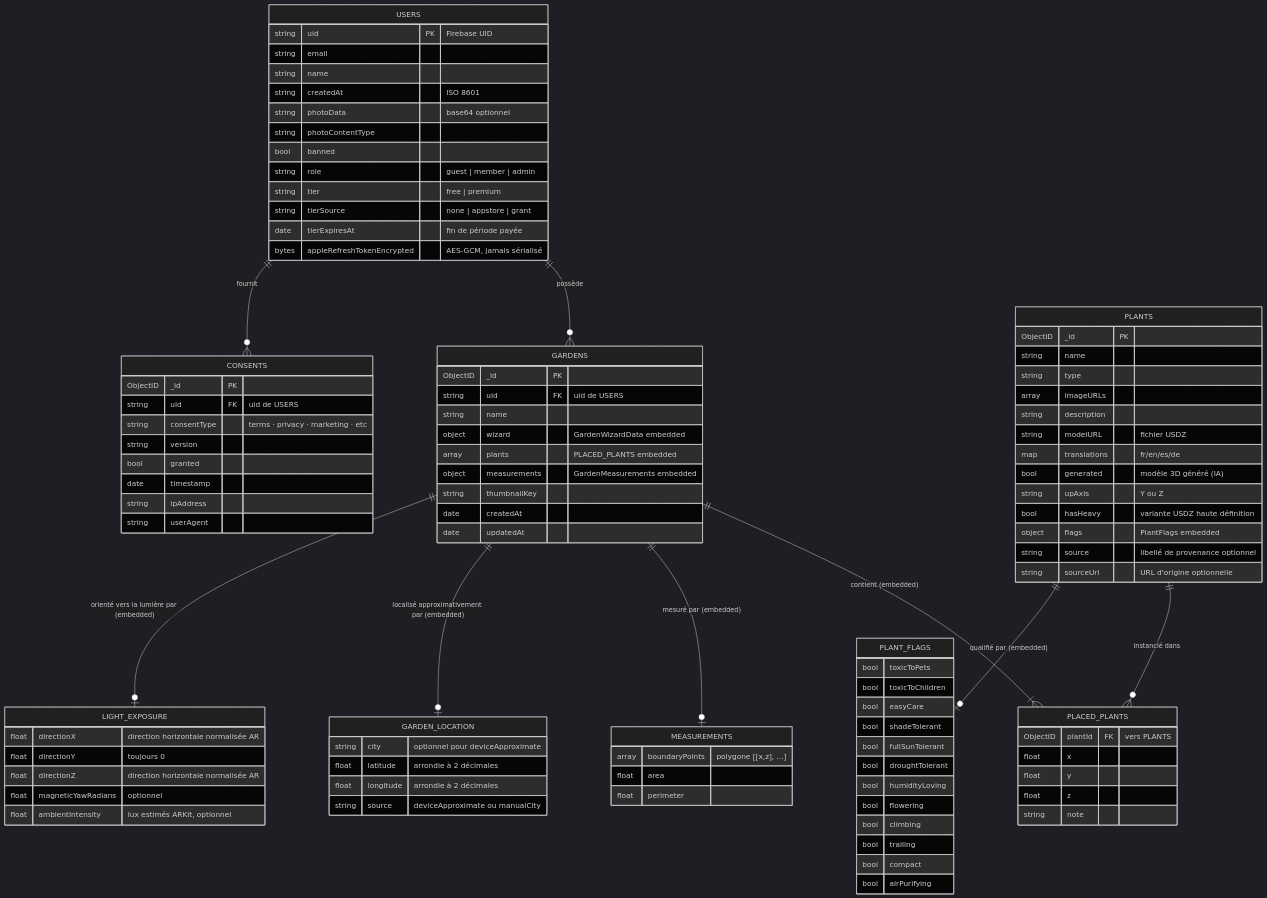
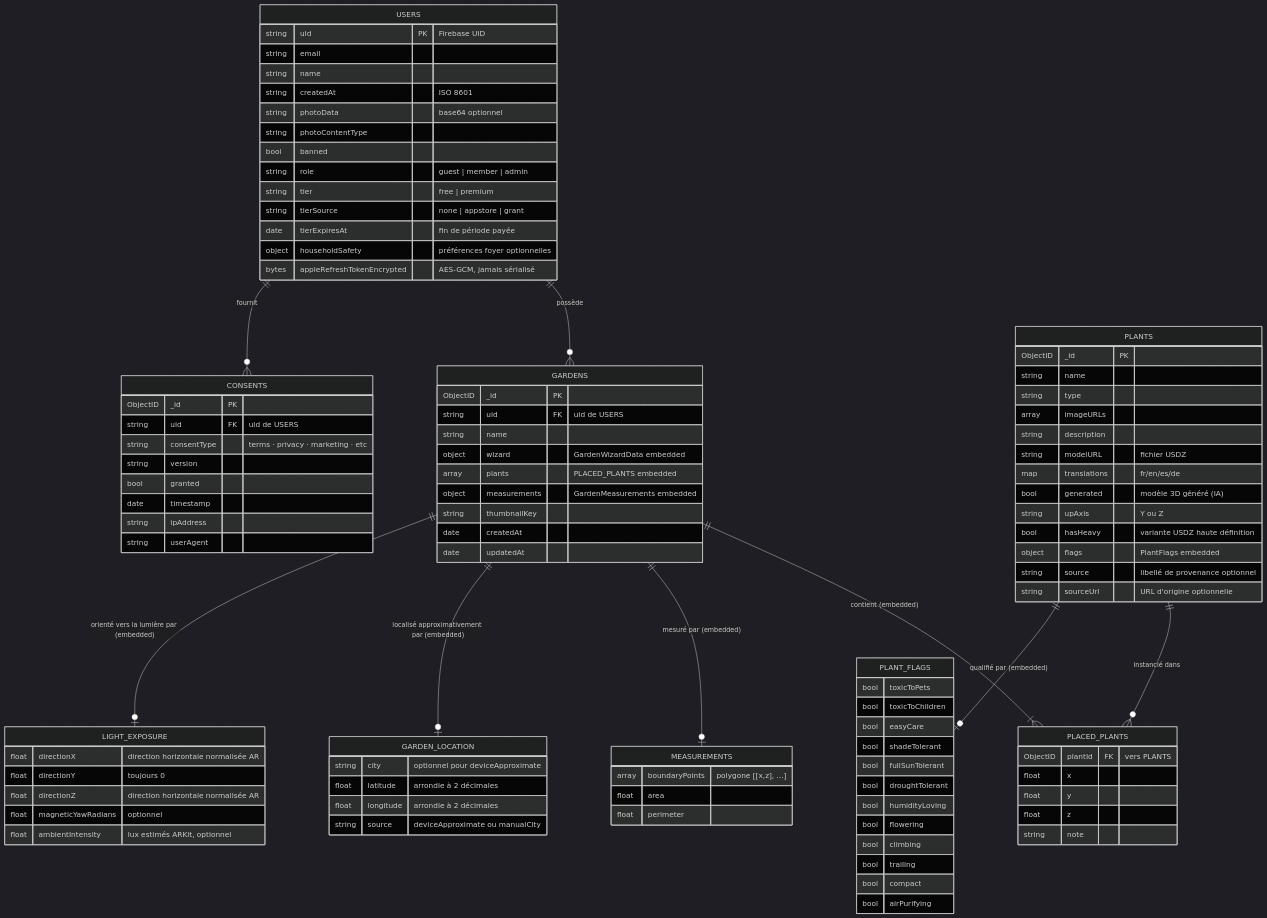
The diagram in docs/fr/architecture/04-data-model.md (ArboreTeam/Arbore), drawn with Mermaid (dark theme) before and after one commit. The commit also changed other lines of this file and 46 other files, not shown here.

```diff
--- a/docs/fr/architecture/04-data-model.md
+++ b/docs/fr/architecture/04-data-model.md
@@ -31,6 +31,7 @@
         string tier "free | premium"
         string tierSource "none | appstore | grant"
         date   tierExpiresAt "fin de période payée"
+        object householdSafety "préférences foyer optionnelles"
         bytes  appleRefreshTokenEncrypted "AES-GCM, jamais sérialisé"
     }
 
```
